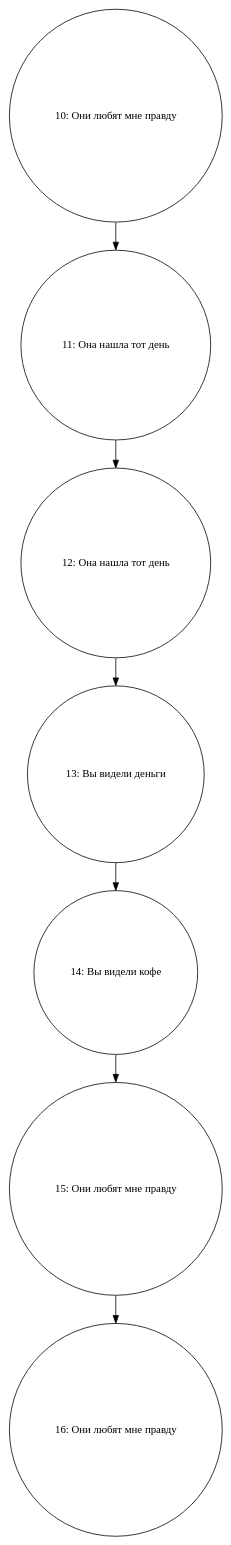
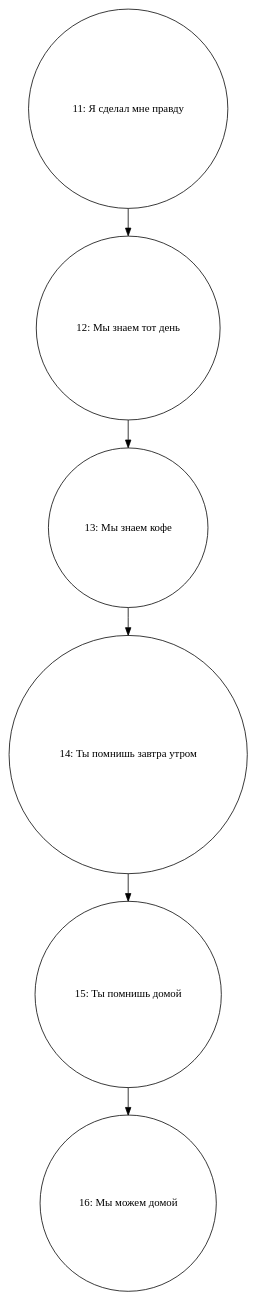
The diagram in Programming/Threads/graph.dot (quincyque0/2semestr), drawn with Graphviz before and after one commit. The commit also changed 32 other files, not shown here.

```diff
--- a/Programming/Threads/graph.dot
+++ b/Programming/Threads/graph.dot
@@ -1,17 +1,15 @@
 digraph LinkedList {
 node [shape=circle];
 rankdir=UD;
-  node10 [label="10: Они любят мне правду"];
-  node10 -> node11;
-  node11 [label="11: Она нашла тот день"];
+  node11 [label="11: Я сделал мне правду"];
   node11 -> node12;
-  node12 [label="12: Она нашла тот день"];
+  node12 [label="12: Мы знаем тот день"];
   node12 -> node13;
-  node13 [label="13: Вы видели деньги"];
+  node13 [label="13: Мы знаем кофе"];
   node13 -> node14;
-  node14 [label="14: Вы видели кофе"];
+  node14 [label="14: Ты помнишь завтра утром"];
   node14 -> node15;
-  node15 [label="15: Они любят мне правду"];
+  node15 [label="15: Ты помнишь домой"];
   node15 -> node16;
-  node16 [label="16: Они любят мне правду"];
+  node16 [label="16: Мы можем домой"];
 }
```
